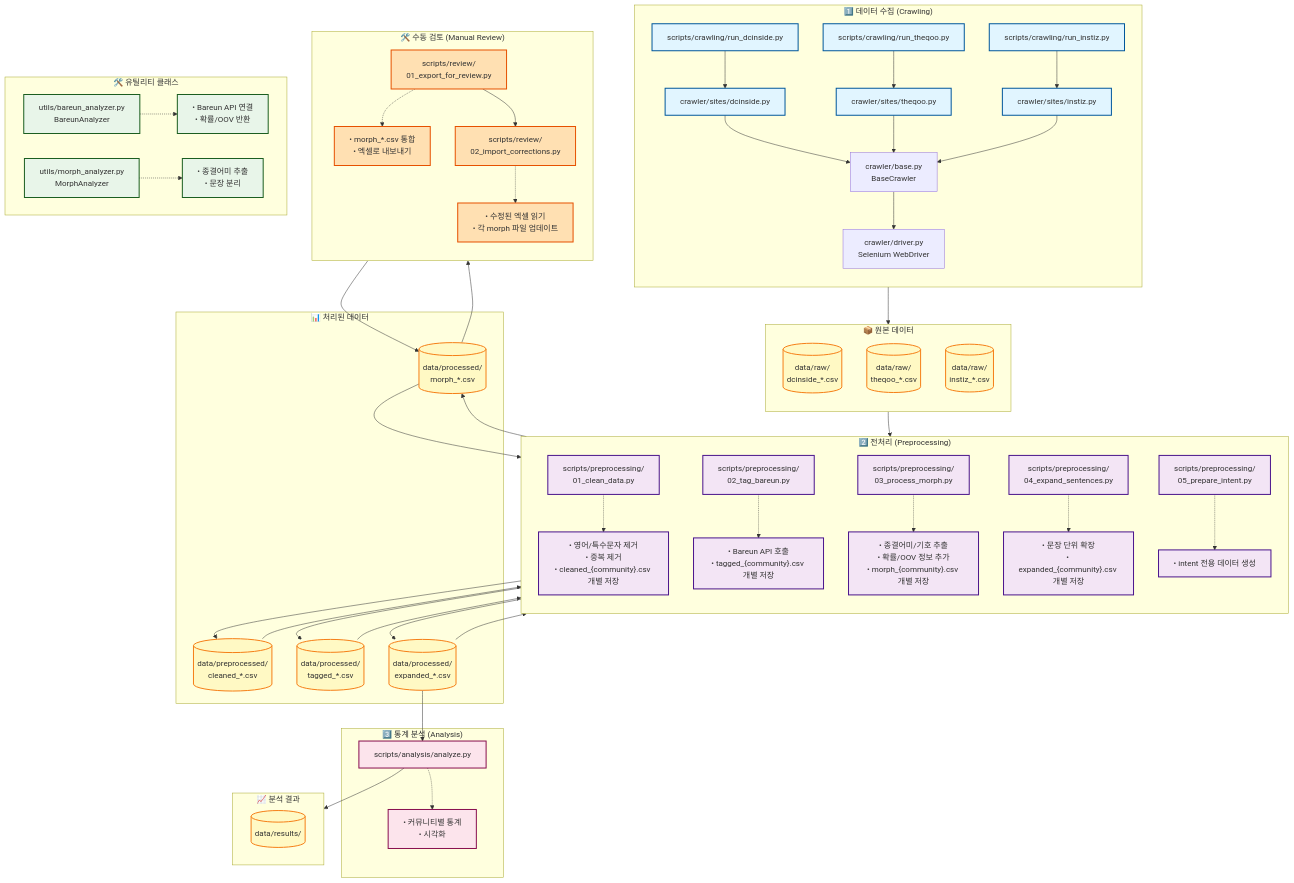
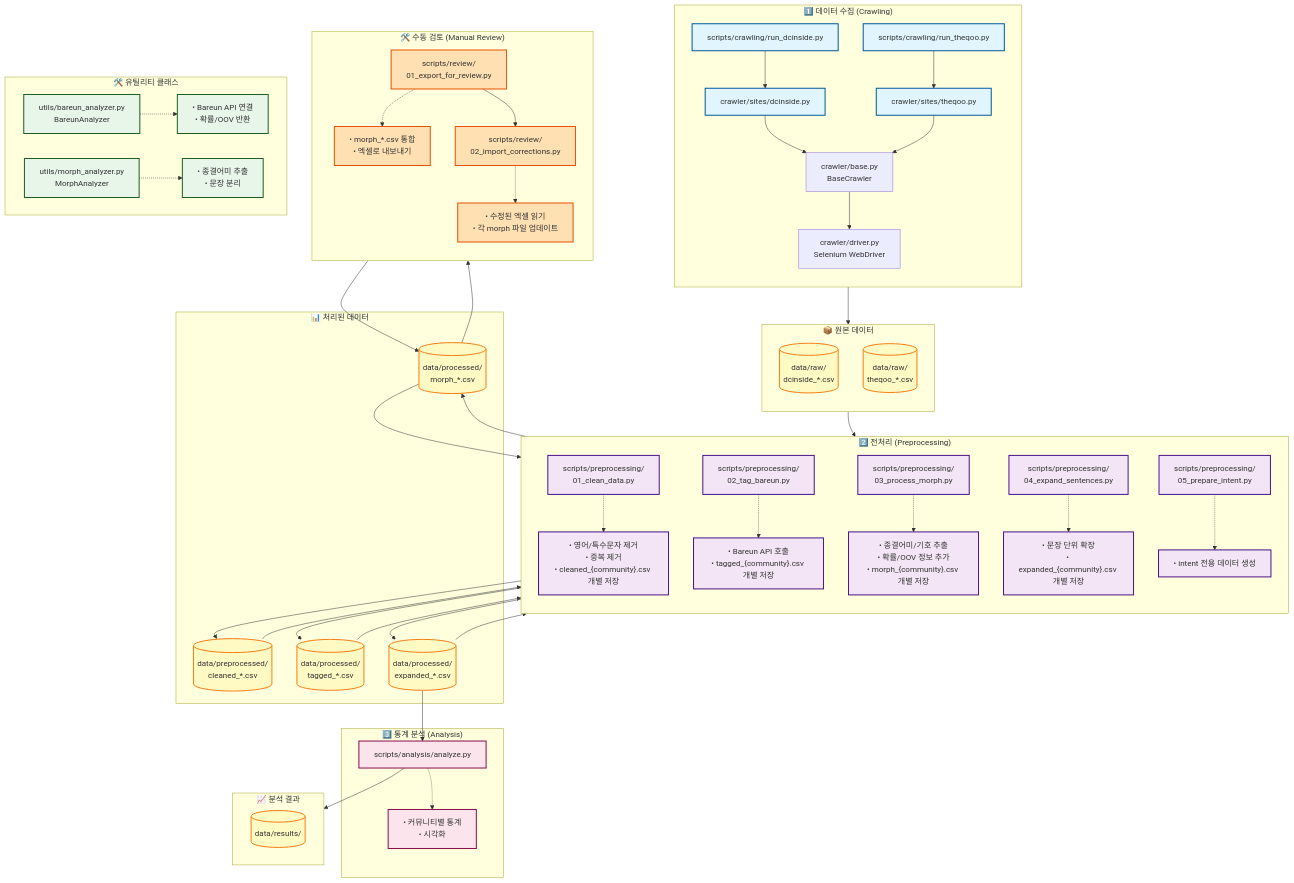
The diagram in README.md (neulbokim/kor4001), drawn with Mermaid before and after one commit. The commit also changed other lines of this file, not shown here.

```diff
--- a/README.md
+++ b/README.md
@@ -16,20 +18,17 @@
         direction TB
         A1[scripts/crawling/run_dcinside.py]
         A2[scripts/crawling/run_theqoo.py]
-        A3[scripts/crawling/run_instiz.py]
         
         B1[crawler/sites/dcinside.py]
         B2[crawler/sites/theqoo.py]
-        B3[crawler/sites/instiz.py]
         
         C[crawler/base.py<br/>BaseCrawler]
         D[crawler/driver.py<br/>Selenium WebDriver]
         
         A1 --> B1
         A2 --> B2
-        A3 --> B3
         
-        B1 & B2 & B3 --> C
+        B1 & B2 --> C
         C --> D
     end
     
@@ -37,7 +36,6 @@
         direction TB
         R1[(data/raw/<br/>dcinside_*.csv)]
         R2[(data/raw/<br/>theqoo_*.csv)]
-        R3[(data/raw/<br/>instiz_*.csv)]
     end
     
     subgraph Preprocessing["2️⃣ 전처리 (Preprocessing)"]
```
